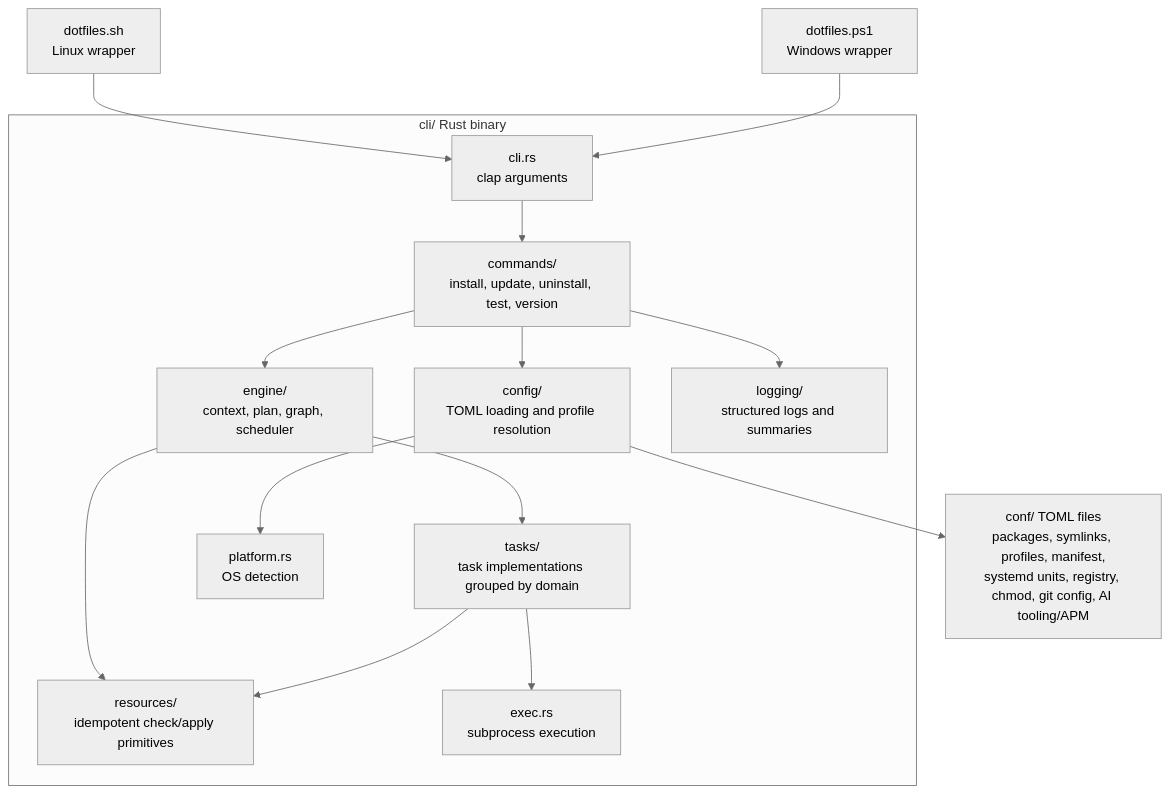
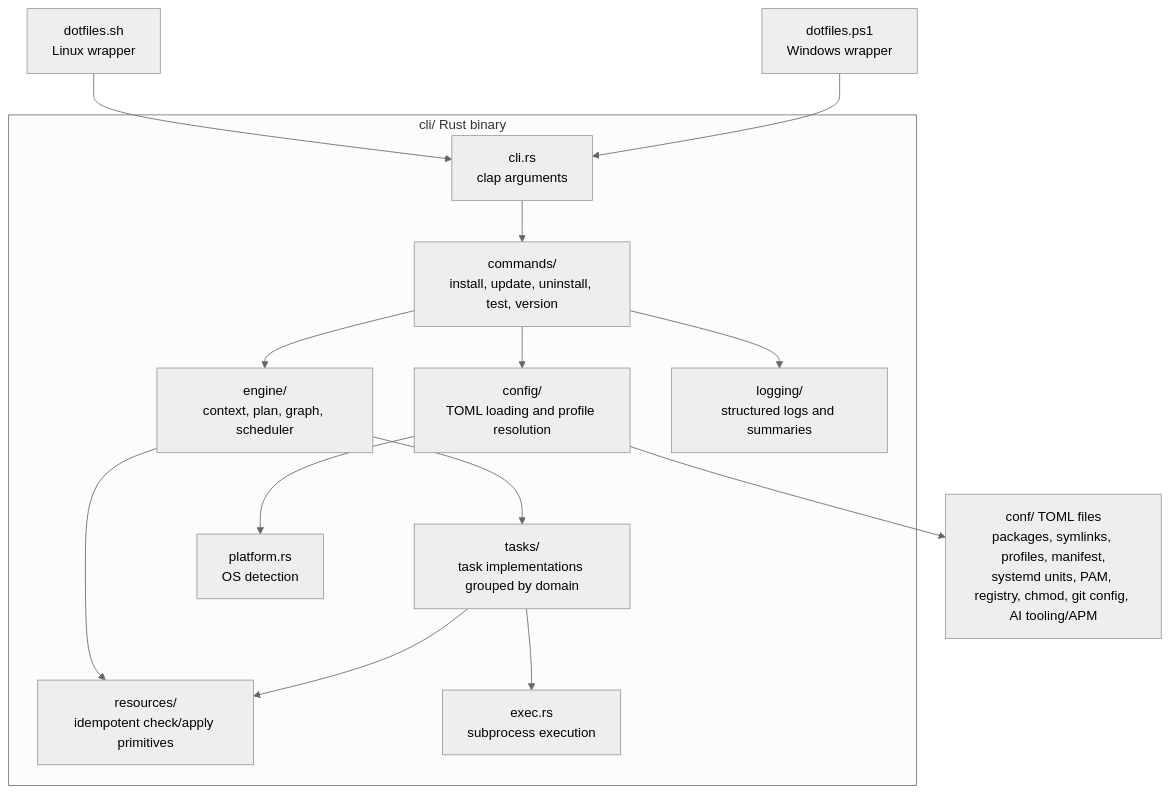
The diagram in docs/ARCHITECTURE.md (sneivandt/dotfiles), drawn with Mermaid (neutral theme) before and after one commit. The commit also changed other lines of this file and 30 other files, not shown here.

````diff
--- a/docs/ARCHITECTURE.md
+++ b/docs/ARCHITECTURE.md
@@ -54,31 +54,31 @@
 ```mermaid
 flowchart TD
     linux["dotfiles.sh<br/>Linux wrapper"]
     windows["dotfiles.ps1<br/>Windows wrapper"]
 
     linux --> cli
     windows --> cli
 
     subgraph rust_binary["cli/ Rust binary"]
         cli["cli.rs<br/>clap arguments"]
         commands["commands/<br/>install, update, uninstall, test, version"]
         config["config/<br/>TOML loading and profile resolution"]
         engine["engine/<br/>context, plan, graph, scheduler"]
         resources["resources/<br/>idempotent check/apply primitives"]
         tasks["tasks/<br/>task implementations grouped by domain"]
         platform["platform.rs<br/>OS detection"]
         logging["logging/<br/>structured logs and summaries"]
         exec["exec.rs<br/>subprocess execution"]
     end
 
     cli --> commands
     commands --> config
     commands --> engine
     engine --> tasks
     engine --> resources
     tasks --> resources
     tasks --> exec
     config --> platform
     commands --> logging
-    config --> conf["conf/ TOML files<br/>packages, symlinks, profiles, manifest,<br/>systemd units, registry, chmod, git config, AI tooling/APM"]
+    config --> conf["conf/ TOML files<br/>packages, symlinks, profiles, manifest,<br/>systemd units, PAM, registry, chmod, git config, AI tooling/APM"]
 ```
````
